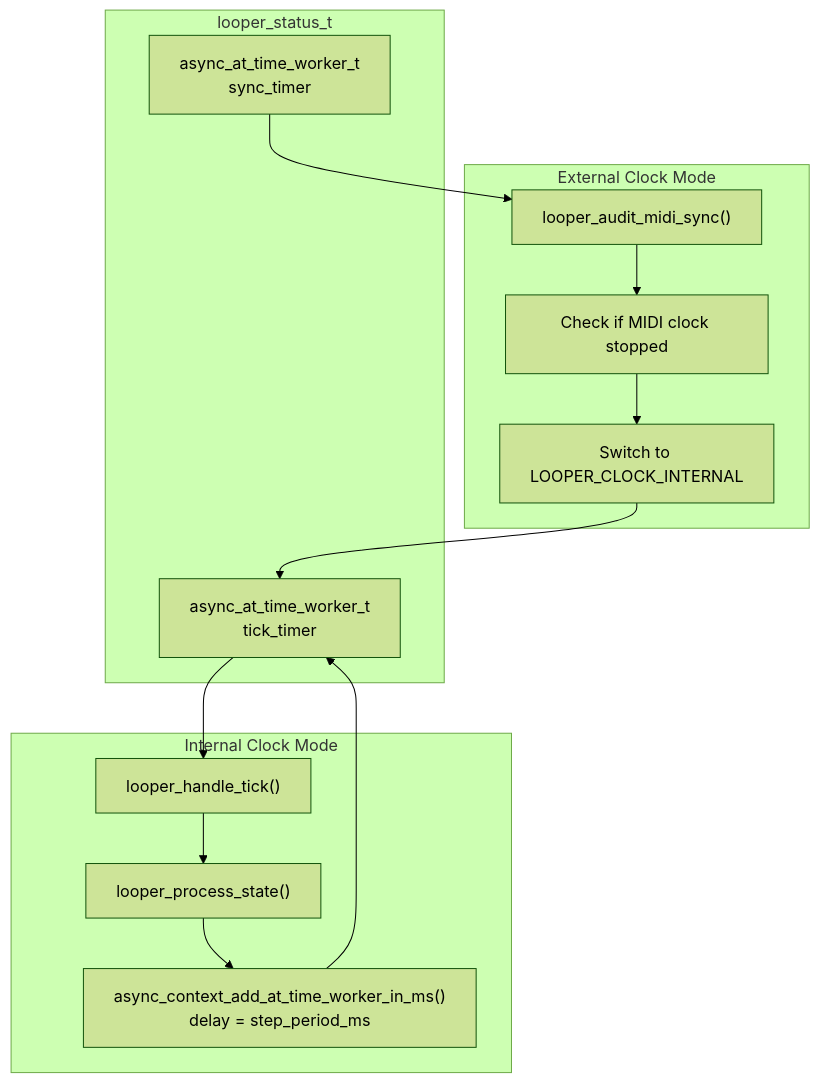
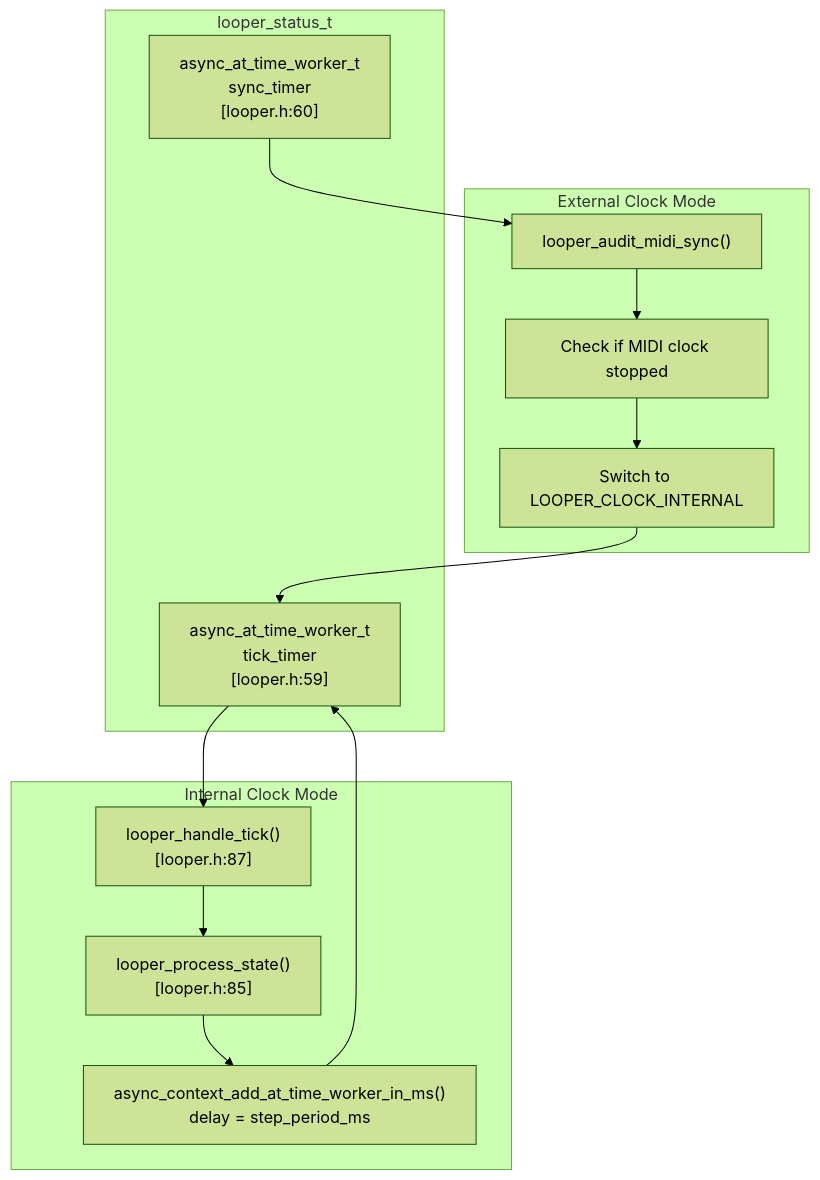
One commit to Jus-Be/orinayo-pico changed the fifth of 6 diagrams in wiki/8.1-asynchronous-timer.md. Above: the diagram before and after it, drawn with Mermaid (forest theme). The commit also changed other lines of this file and 42 other files, not shown here.

````diff
--- a/wiki/8.1-asynchronous-timer.md
+++ b/wiki/8.1-asynchronous-timer.md
@@ -213,38 +223,38 @@
 ```mermaid
 flowchart TD
 
-TickTimer["async_at_time_worker_t<br>tick_timer"]
-SyncTimer["async_at_time_worker_t<br>sync_timer"]
-TickHandler["looper_handle_tick()"]
-ProcessState["looper_process_state()"]
+TickTimer["async_at_time_worker_t<br>tick_timer<br>[looper.h:59]"]
+SyncTimer["async_at_time_worker_t<br>sync_timer<br>[looper.h:60]"]
+TickHandler["looper_handle_tick()<br>[looper.h:87]"]
+ProcessState["looper_process_state()<br>[looper.h:85]"]
 Reschedule["async_context_add_at_time_worker_in_ms()<br>delay = step_period_ms"]
 AuditHandler["looper_audit_midi_sync()"]
 CheckTimeout["Check if MIDI clock stopped"]
 FallbackInternal["Switch to LOOPER_CLOCK_INTERNAL"]
 
 TickTimer --> TickHandler
 Reschedule --> TickTimer
 SyncTimer --> AuditHandler
 FallbackInternal --> TickTimer
 
 subgraph subGraph2 ["External Clock Mode"]
     AuditHandler
     CheckTimeout
     FallbackInternal
     AuditHandler --> CheckTimeout
     CheckTimeout --> FallbackInternal
 end
 
 subgraph subGraph1 ["Internal Clock Mode"]
     TickHandler
     ProcessState
     Reschedule
     TickHandler --> ProcessState
     ProcessState --> Reschedule
 end
 
 subgraph looper_status_t ["looper_status_t"]
     TickTimer
     SyncTimer
 end
 ```
````
